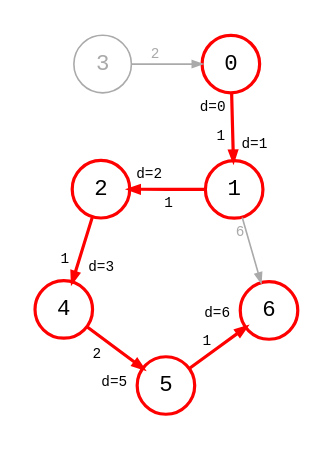
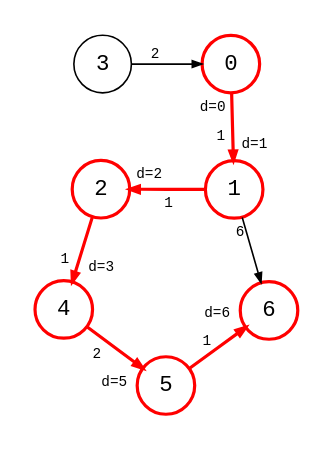
One commit to bsdrks/graaf-images changed the diagram in src/dijkstra_dist_1-0.83.4.dot. Above: the diagram before and after it, drawn with Graphviz. The commit also changed 168 other files, not shown here.

```diff
--- a/src/dijkstra_dist_1-0.83.4.dot
+++ b/src/dijkstra_dist_1-0.83.4.dot
@@ -1,140 +1,140 @@
 digraph {
     node [shape=circle, fontname="monospace"];
     edge [arrowsize=0.6, fontname="monospace", fontsize=9];
     layout=neato;
     scale=1.0;
     normalize=true;
     pad=0.2;
     // splines=line
 
-    3 [color="#aaaaaa", fontcolor="#aaaaaa"];
+    3 [color="#bbb", fontcolor="#bbb"];
     0, 1, 2, 4, 5, 6 [style=bold, color=red];
 
     0 -> 1 [
         color=red,
         style=bold,
         headlabel=<
             <table border="0" cellpadding="5" cellspacing="0">
                 <tr>
                     <td>d=1</td>
                 </tr>
             </table>
         >,
         taillabel=<
             <table border="0" cellpadding="4" cellspacing="0">
                 <tr>
                     <td>d=0</td>
                 </tr>
             </table>
             >,
         label=<
             <table border="0" cellpadding="4" cellspacing="0">
                 <tr>
                     <td>1</td>
                 </tr>
             </table>
         >
     ];
 
     1 -> 2 [
         style=bold, 
         color=red, 
         headlabel=<
             <table border="0">
                 <tr>
                     <td>d=2</td>
                 </tr>
             </table>
         >,
         label=<
             <table border="0">
                 <tr>
                     <td>   1  </td>
                 </tr>
             </table>
         >
     ];
 
     3 -> 0 [
-        color="#aaaaaa",
-        fontcolor="#aaaaaa",
+        color="#bbb",
+        fontcolor="#bbb",
         label=<
             <table border="0" cellpadding="1" cellspacing="0">
                 <tr>
                     <td>2</td>
                 </tr>
             </table>
         >
     ];
 
     1 -> 6 [
-        color="#aaaaaa",
-        fontcolor="#aaaaaa",
+        color="#bbb",
+        fontcolor="#bbb",
         label=<
             <table border="0" cellpadding="3" cellspacing="0">
                 <tr>
                     <td>6</td>
                 </tr>
             </table>
         >
     ];
 
     2 -> 3 [style=invis];
 
     2 -> 4 [
         style=bold, 
         color=red, 
         headlabel=<
             <table border="0">
                 <tr>
                     <td>  d=3</td>
                 </tr>
             </table>
         >,
         label=<
             <table border="0">
                 <tr>
                     <td>  1</td>
                 </tr>
             </table>
         >
     ];
 
     4 -> 5 [
         style=bold, 
         color=red, 
         headlabel=<
             <table border="0">
                 <tr>
                     <td> d=5</td>
                 </tr>
             </table>
         >,
         label=<
             <table border="0" cellpadding="1" cellspacing="0">
                 <tr>
                     <td> 2</td>
                 </tr>
             </table>
         >
     ];
 
     5 -> 6 [
         style=bold, 
         color=red, 
         headlabel=<
             <table border="0">
                 <tr>
                     <td> d=6</td>
                 </tr>
             </table>
         >,
         label=<
             <table border="0" cellpadding="1" cellspacing="0">
                 <tr>
                     <td>1</td>
                 </tr>
             </table>
         >
     ];
 }
```
